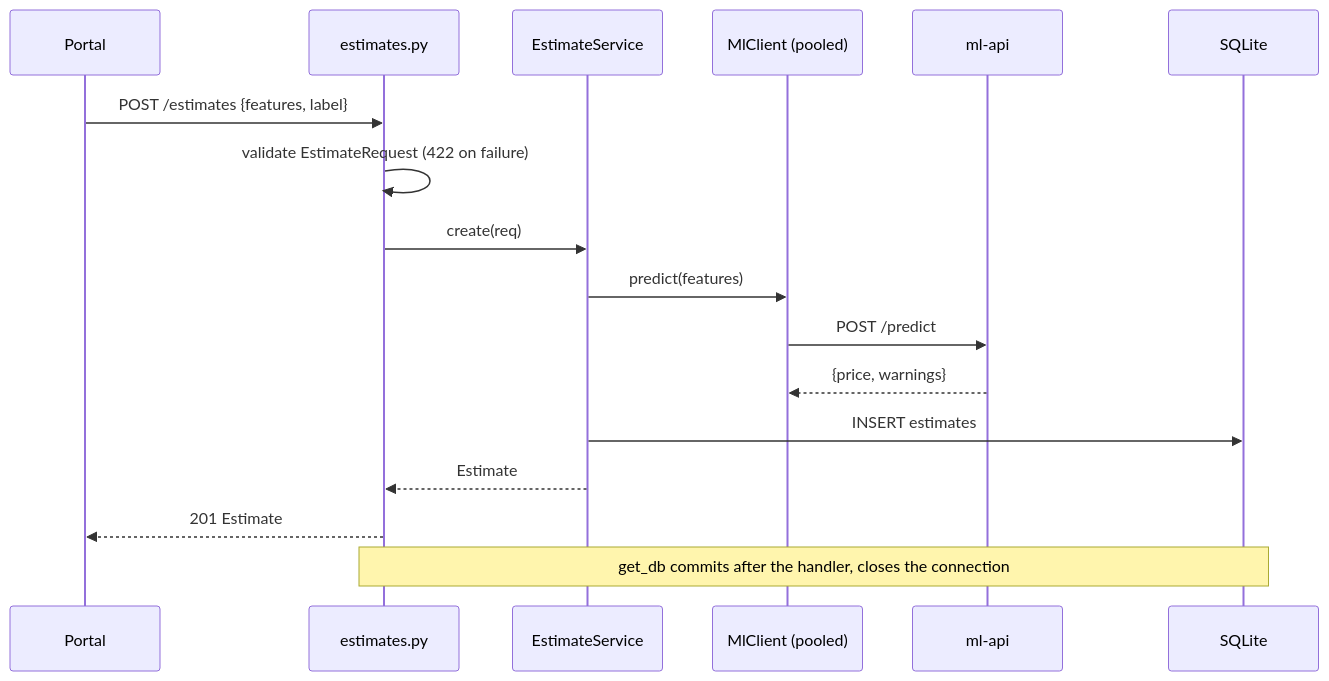
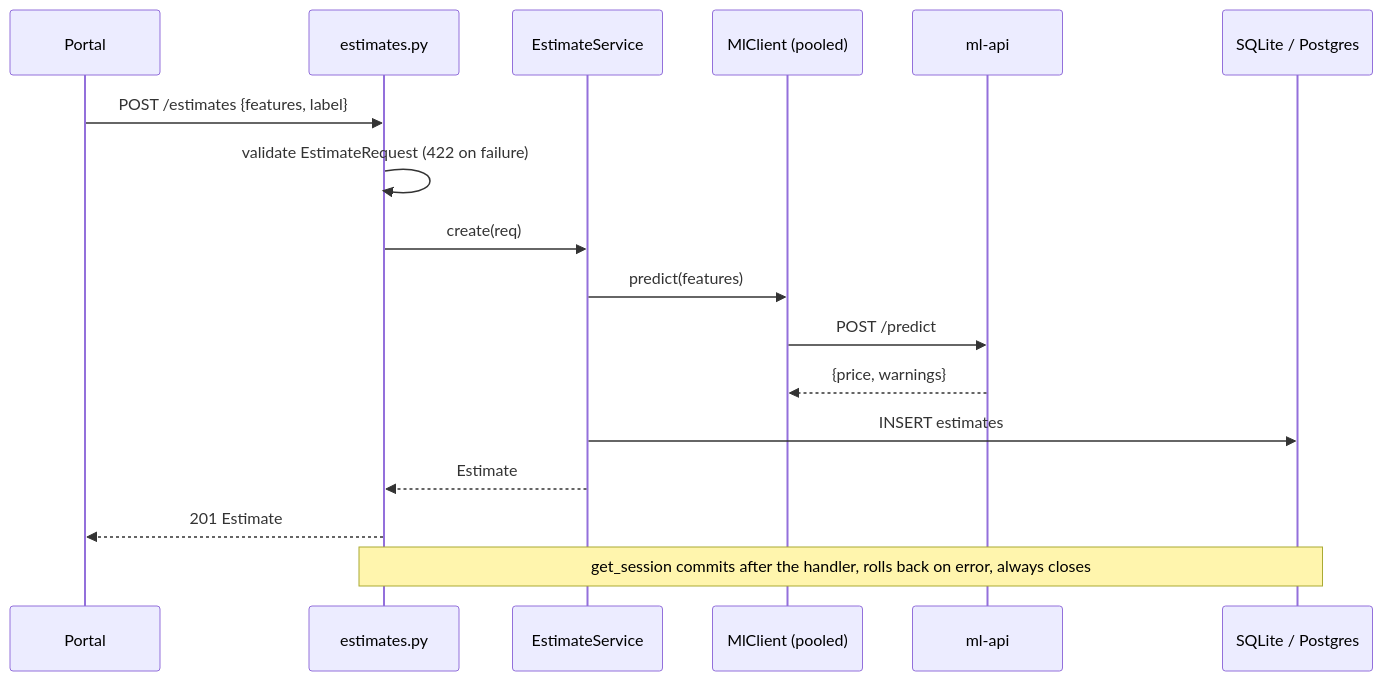
One commit to Ekhrapykin/housing-prediction-portal changed the second of 2 diagrams in estimator-api/ARCHITECTURE.md. Above: the diagram before and after it, drawn with Mermaid. The commit also changed other lines of this file and 35 other files, not shown here.

First line of the commit message:
Move storage to Postgres with schema-per-service and share one dataset

````diff
--- a/estimator-api/ARCHITECTURE.md
+++ b/estimator-api/ARCHITECTURE.md
@@ -28,19 +28,19 @@
 ```mermaid
 sequenceDiagram
   participant W as Portal
   participant R as estimates.py
   participant S as EstimateService
   participant C as MlClient (pooled)
   participant ML as ml-api
-  participant DB as SQLite
+  participant DB as SQLite / Postgres
   W->>R: POST /estimates {features, label}
   R->>R: validate EstimateRequest (422 on failure)
   R->>S: create(req)
   S->>C: predict(features)
   C->>ML: POST /predict
   ML-->>C: {price, warnings}
   S->>DB: INSERT estimates
   S-->>R: Estimate
   R-->>W: 201 Estimate
-  Note over R,DB: get_db commits after the handler, closes the connection
+  Note over R,DB: get_session commits after the handler, rolls back on error, always closes
 ```
````
